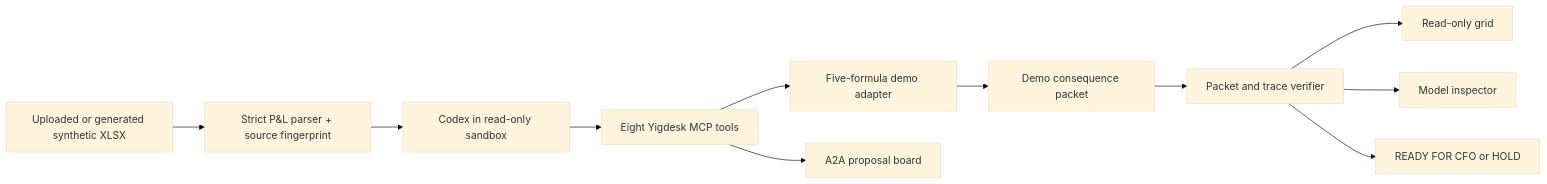
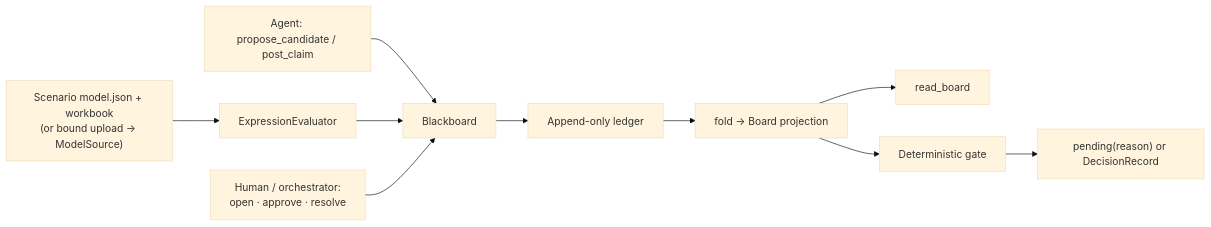
The diagram in docs/ARCHITECTURE.md (Henghenggao/yigdesk), drawn with Mermaid (base theme) before and after one commit. The commit also changed other lines of this file and 13 other files, not shown here.

First line of the commit message:
docs: standalone README + ARCHITECTURE; boundary guard against the private-engine name; drop retired demo docs

````diff
--- a/docs/ARCHITECTURE.md
+++ b/docs/ARCHITECTURE.md
@@ -61,13 +135,12 @@
-~~~mermaid
+```mermaid
 flowchart LR
-    E["Uploaded or generated synthetic XLSX"] --> X["Strict P&L parser + source fingerprint"]
-    X --> C["Codex in read-only sandbox"]
-    C --> M["Eight Yigdesk MCP tools"]
-    M --> A["Five-formula demo adapter"]
-    A --> P["Demo consequence packet"]
-    P --> V["Packet and trace verifier"]
-    V --> G["Read-only grid"]
-    V --> I["Model inspector"]
-    V --> H["READY FOR CFO or HOLD"]
-    M --> B["A2A proposal board"]
-~~~
+    S["Scenario model.json + workbook<br/>(or bound upload → ModelSource)"] --> EV["ExpressionEvaluator"]
+    A["Agent: propose_candidate / post_claim"] --> BB["Blackboard"]
+    EV --> BB
+    BB --> L["Append-only ledger"]
+    L --> F["fold → Board projection"]
+    F --> RB["read_board"]
+    H["Human / orchestrator:<br/>open · approve · resolve"] --> BB
+    F --> G["Deterministic gate"]
+    G --> R["pending(reason) or DecisionRecord"]
+```
````
